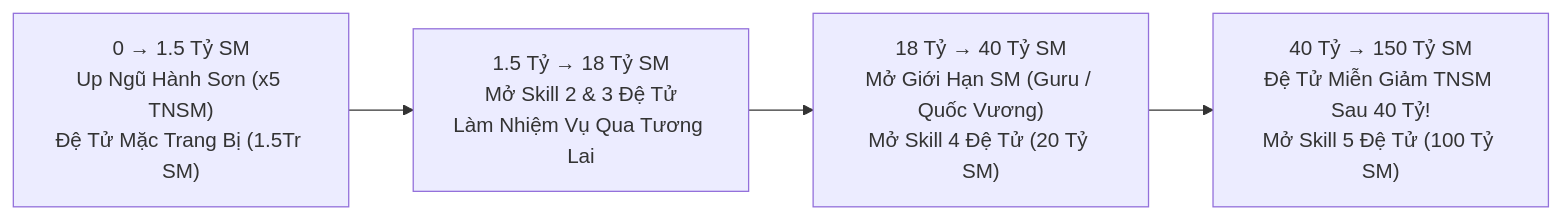
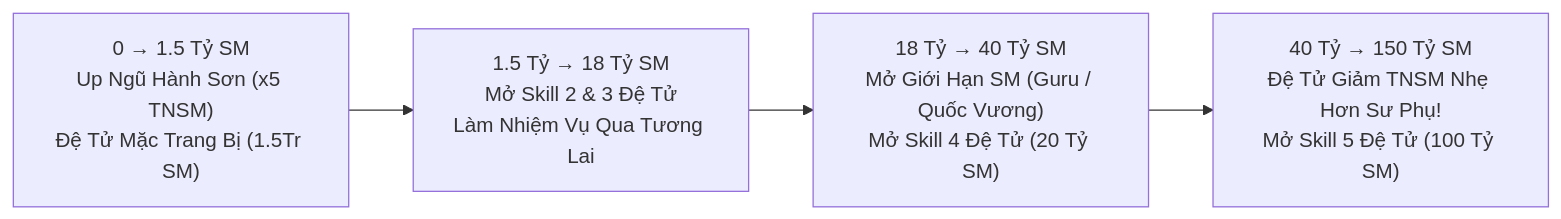
One commit to VIAM-Ngoc-rong/NRO changed the third of 3 diagrams in README.md. Above: the diagram before and after it, drawn with Mermaid. The commit also changed other lines of this file and 26 other files, not shown here.

````diff
--- a/README.md
+++ b/README.md
@@ -470,6 +471,6 @@
 ```mermaid
 flowchart LR
     M1["0 → 1.5 Tỷ SM\nUp Ngũ Hành Sơn (x5 TNSM)\nĐệ Tử Mặc Trang Bị (1.5Tr SM)"] --> M2["1.5 Tỷ → 18 Tỷ SM\nMở Skill 2 & 3 Đệ Tử\nLàm Nhiệm Vụ Qua Tương Lai"]
     M2 --> M3["18 Tỷ → 40 Tỷ SM\nMở Giới Hạn SM (Guru / Quốc Vương)\nMở Skill 4 Đệ Tử (20 Tỷ SM)"]
-    M3 --> M4["40 Tỷ → 150 Tỷ SM\nĐệ Tử Miễn Giảm TNSM Sau 40 Tỷ!\nMở Skill 5 Đệ Tử (100 Tỷ SM)"]
+    M3 --> M4["40 Tỷ → 150 Tỷ SM\nĐệ Tử Giảm TNSM Nhẹ Hơn Sư Phụ!\nMở Skill 5 Đệ Tử (100 Tỷ SM)"]
 ```
````
